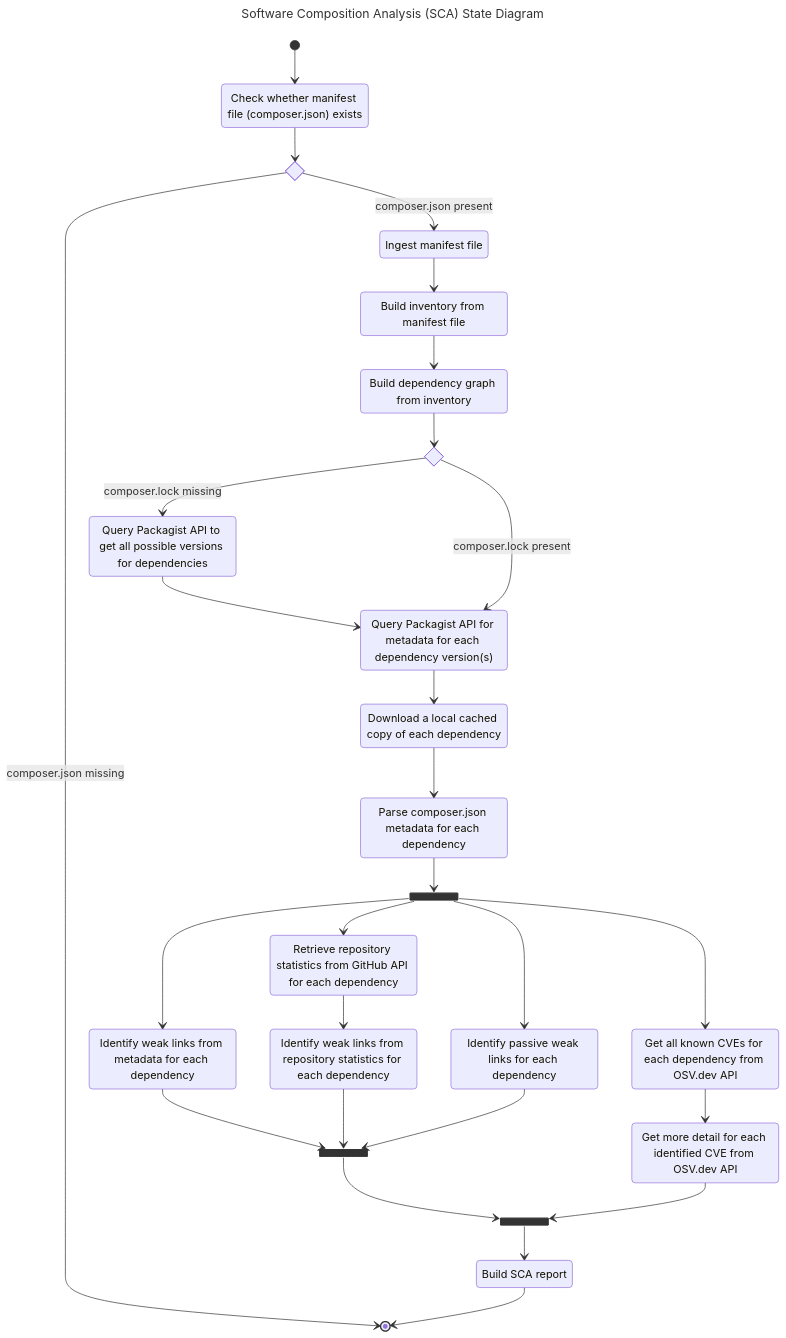
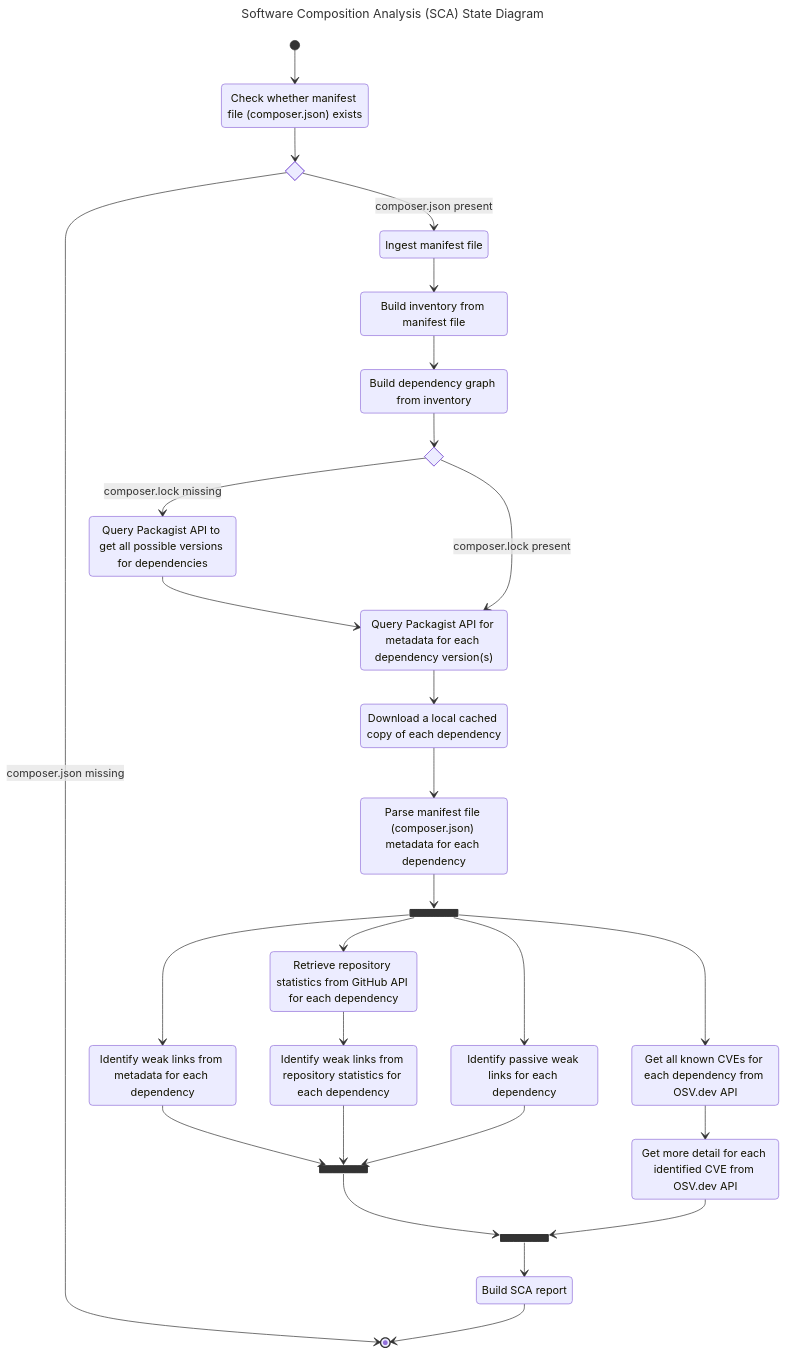
Before and after one commit to AlexWinder/SecAware: the second of 3 diagrams in README.md, drawn with Mermaid.

Commit message:
Minor tweak to SCA diagram

````diff
--- a/README.md
+++ b/README.md
@@ -179,65 +179,65 @@
 ```mermaid
 ---
 title: Software Composition Analysis (SCA) State Diagram
 ---
 stateDiagram-v2
     state "Check whether manifest file (composer.json) exists" as checkManifestFile
     state "Ingest manifest file" as ingestManifestFile
     state "Build inventory from manifest file" as buildInventory
     state "Build dependency graph from inventory" as buildDependencyGraph
     state "Query Packagist API to get all possible versions for dependencies" as getAllVersions
     state "Query Packagist API for metadata for each dependency version(s)" as getDependenciesMetadata
     state "Download a local cached copy of each dependency" as cacheDependency
-    state "Parse composer.json metadata for each dependency" as parseDependenciesComposer
+    state "Parse manifest file (composer.json) metadata for each dependency" as parseDependenciesComposer
     state "Get all known CVEs for each dependency from OSV.dev API" as cveTopLevel
     state "Get more detail for each identified CVE from OSV.dev API" as cveExtraDetail
     state "Identify weak links from metadata for each dependency" as weakLinkMetadata
     state "Retrieve repository statistics from GitHub API for each dependency" as retrieveRepositoryStatistics
     state "Identify weak links from repository statistics for each dependency" as weakLinkRepositoryStatistics
     state "Identify passive weak links for each dependency" as weakLinkPassive
     state "Build SCA report" as buildReport
 
     state ifComposerJsonAvailable <<choice>>
     state ifGetPossibleVersions <<choice>>
     state analysisFork <<fork>>
     state weakLinkJoin <<join>>
     state analysisJoin <<join>>
 
     [*] --> checkManifestFile
 
     checkManifestFile --> ifComposerJsonAvailable
 
     ifComposerJsonAvailable --> ingestManifestFile: composer.json present
     ingestManifestFile --> buildInventory
     buildInventory --> buildDependencyGraph
 
     buildDependencyGraph --> ifGetPossibleVersions
 
     ifComposerJsonAvailable --> [*]: composer.json missing
     ifGetPossibleVersions --> getAllVersions: composer.lock missing
     getAllVersions --> getDependenciesMetadata
     ifGetPossibleVersions --> getDependenciesMetadata: composer.lock present
 
     getDependenciesMetadata --> cacheDependency
     cacheDependency --> parseDependenciesComposer
 
     parseDependenciesComposer --> analysisFork
 
     analysisFork --> cveTopLevel
     cveTopLevel --> cveExtraDetail
 
     analysisFork --> weakLinkMetadata
     analysisFork --> retrieveRepositoryStatistics
     retrieveRepositoryStatistics --> weakLinkRepositoryStatistics
     analysisFork --> weakLinkPassive
 
     weakLinkMetadata --> weakLinkJoin
     weakLinkRepositoryStatistics --> weakLinkJoin
     weakLinkPassive --> weakLinkJoin
 
     weakLinkJoin --> analysisJoin
     cveExtraDetail --> analysisJoin
 
     analysisJoin --> buildReport
     buildReport --> [*]
 ```
````
